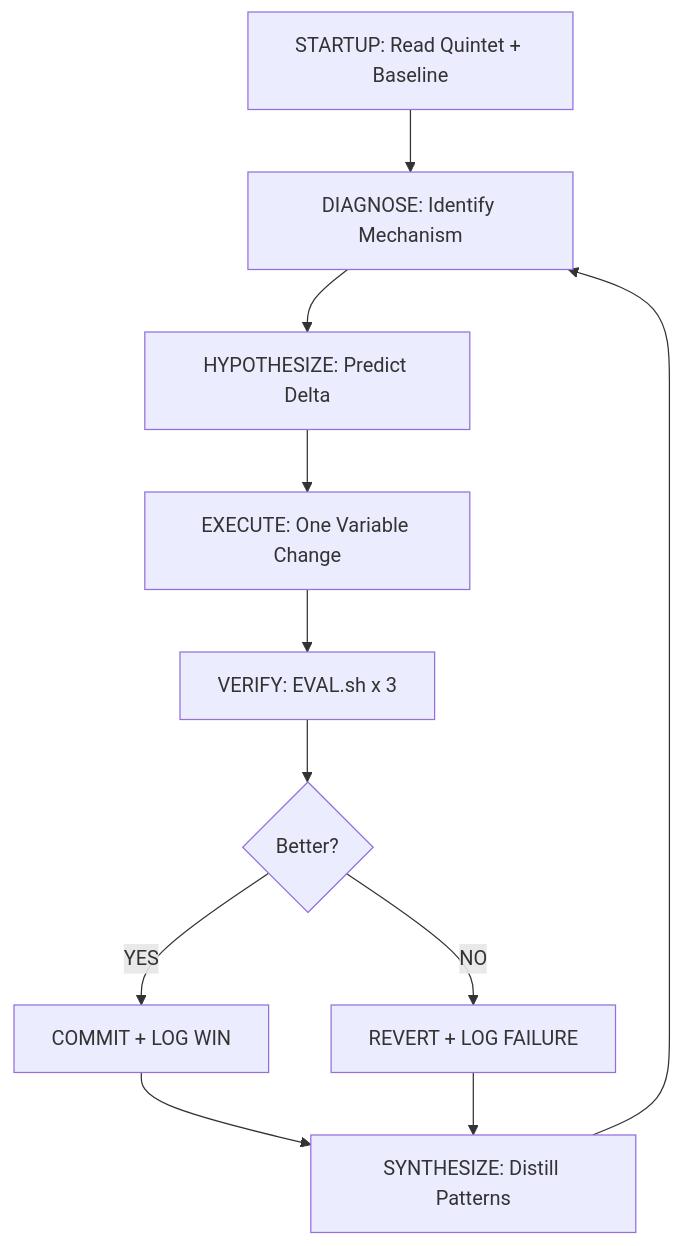
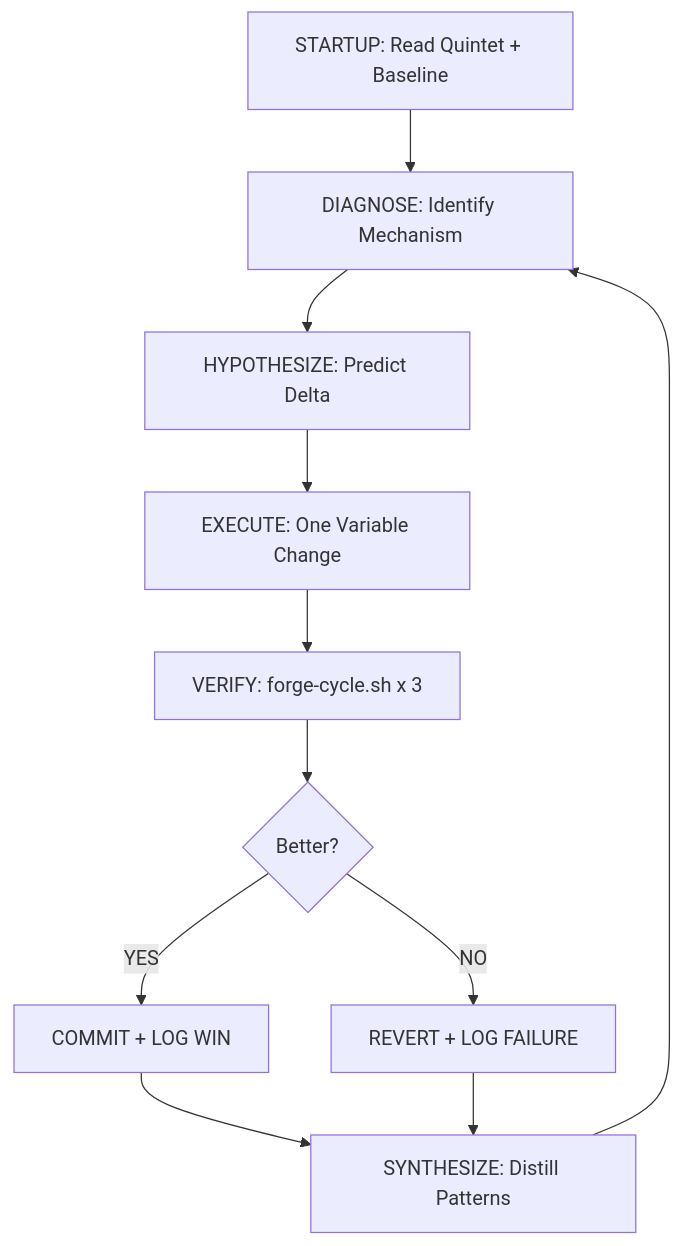
The diagram in README.md (yash-dev007/THE-FORGE), drawn with Mermaid before and after one commit. The commit also changed other lines of this file and 55 other files, not shown here.

````diff
--- a/README.md
+++ b/README.md
@@ -40,13 +40,13 @@
 ```mermaid
 graph TD
     A[STARTUP: Read Quintet + Baseline] --> B[DIAGNOSE: Identify Mechanism]
     B --> C[HYPOTHESIZE: Predict Delta]
     C --> D[EXECUTE: One Variable Change]
-    D --> E[VERIFY: EVAL.sh x 3]
+    D --> E[VERIFY: forge-cycle.sh x 3]
     E --> F{Better?}
     F -- YES --> G[COMMIT + LOG WIN]
     F -- NO --> H[REVERT + LOG FAILURE]
     G --> I[SYNTHESIZE: Distill Patterns]
     H --> I
     I --> B
 ```
````
